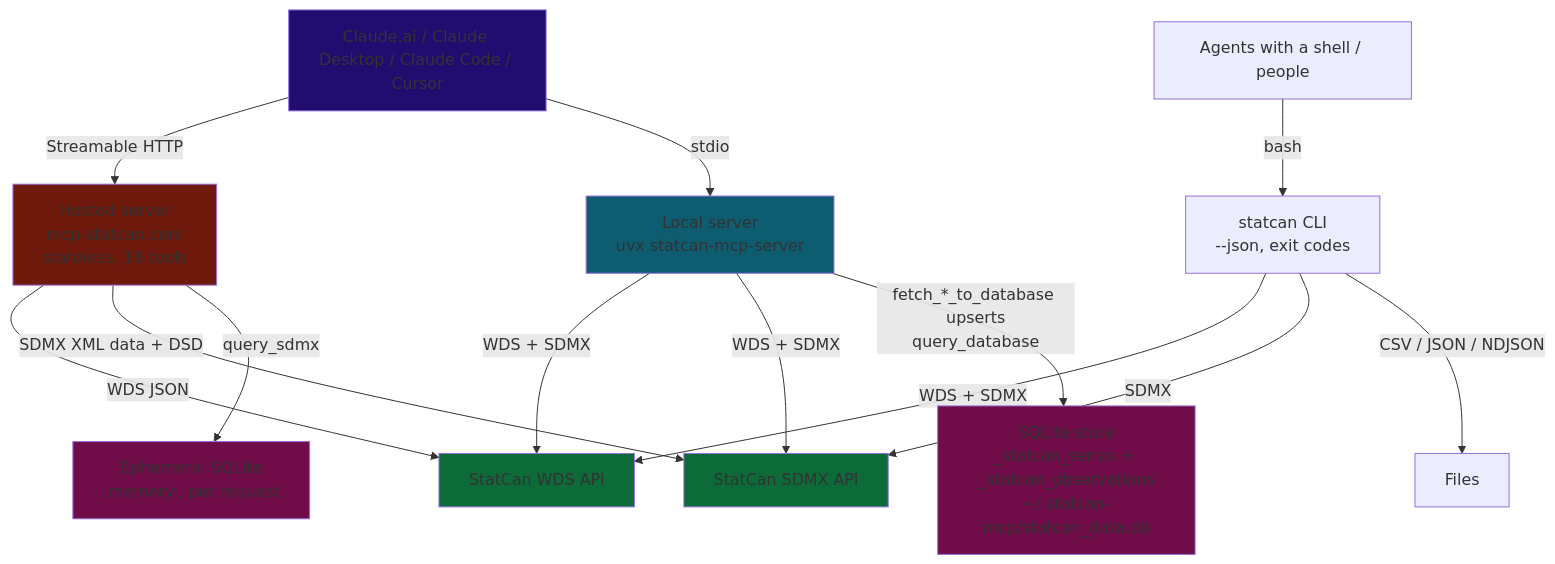
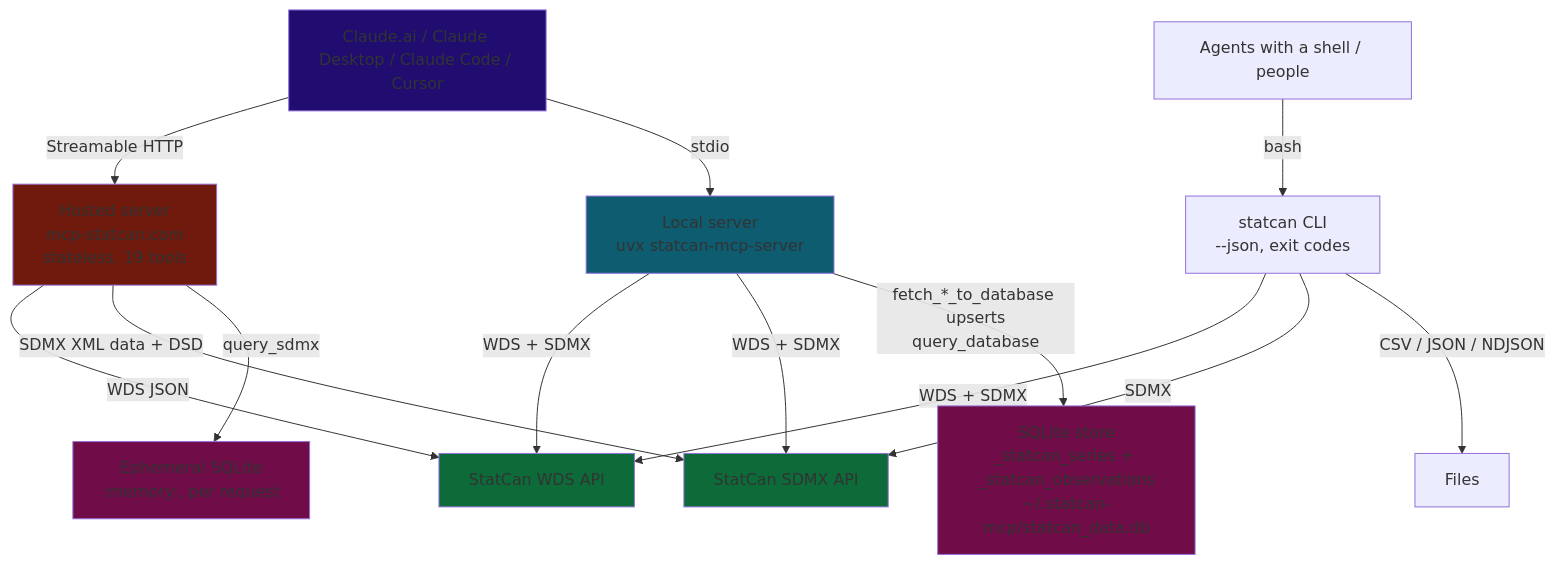
The diagram in IMPLEMENTATIONS.md (Aryan-Jhaveri/mcp-statcan), drawn with Mermaid before and after one commit. The commit also changed other lines of this file and 22 other files, not shown here.

````diff
--- a/IMPLEMENTATIONS.md
+++ b/IMPLEMENTATIONS.md
@@ -175,26 +185,26 @@
 ```mermaid
 flowchart TD
-    A[Claude.ai / Claude Desktop / Claude Code / Cursor] -->|Streamable HTTP| B["Hosted server\nmcp-statcan.com\nstateless, 18 tools"]
+    A[Claude.ai / Claude Desktop / Claude Code / Cursor] -->|Streamable HTTP| B["Hosted server\nmcp-statcan.com\nstateless, 19 tools"]
     A -->|stdio| L["Local server\nuvx statcan-mcp-server"]
     T[Agents with a shell / people] -->|bash| C["statcan CLI\n--json, exit codes"]
 
     B -->|WDS JSON| D[StatCan WDS API]
     B -->|SDMX XML data + DSD| S[StatCan SDMX API]
     B -->|query_sdmx| M["Ephemeral SQLite\n:memory:, per request"]
 
     L -->|WDS + SDMX| D
     L -->|WDS + SDMX| S
     L -->|fetch_*_to_database upserts\nquery_database| E["SQLite store\n_statcan_series + _statcan_observations\n~/.statcan-mcp/statcan_data.db"]
 
     C -->|WDS + SDMX| D
     C -->|SDMX| S
     C -->|CSV / JSON / NDJSON| F[Files]
 
     style A fill:#210d70
     style B fill:#70190d
     style L fill:#0d5c70
     style E fill:#700d49
     style M fill:#700d49
     style S fill:#0d6b3a
     style D fill:#0d6b3a
 ```
````
